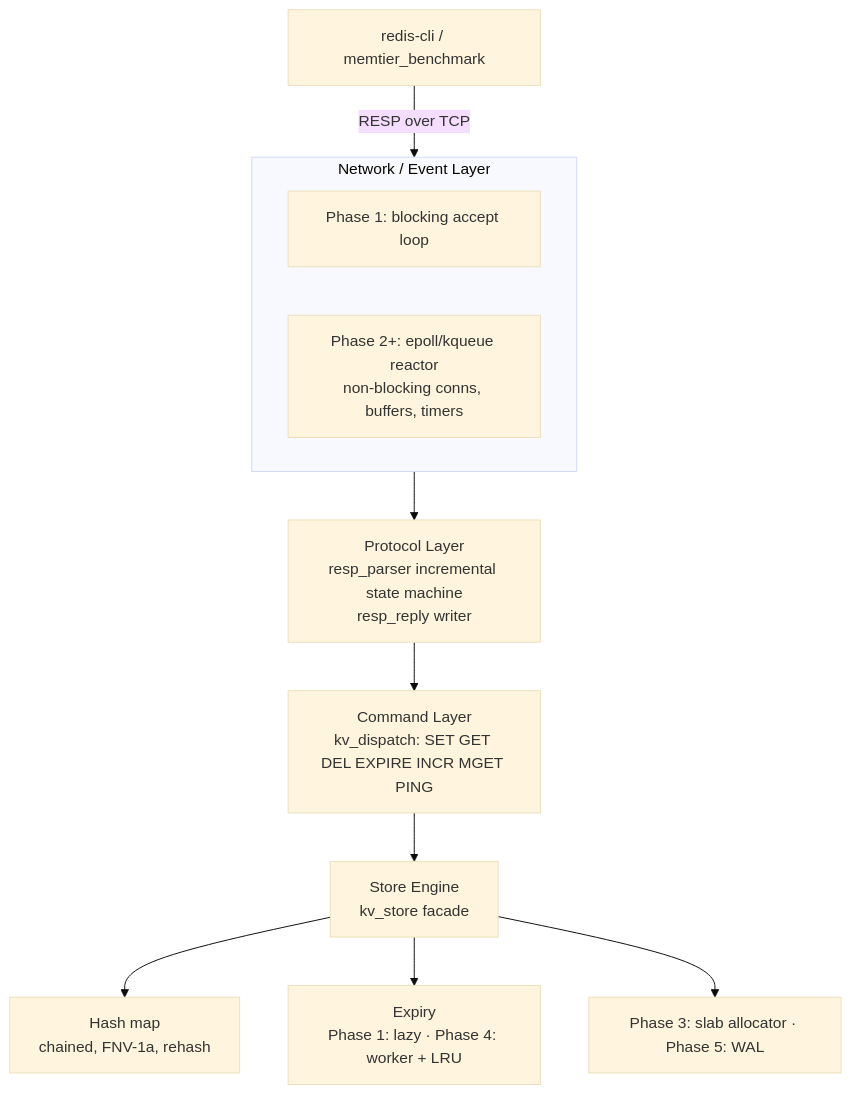
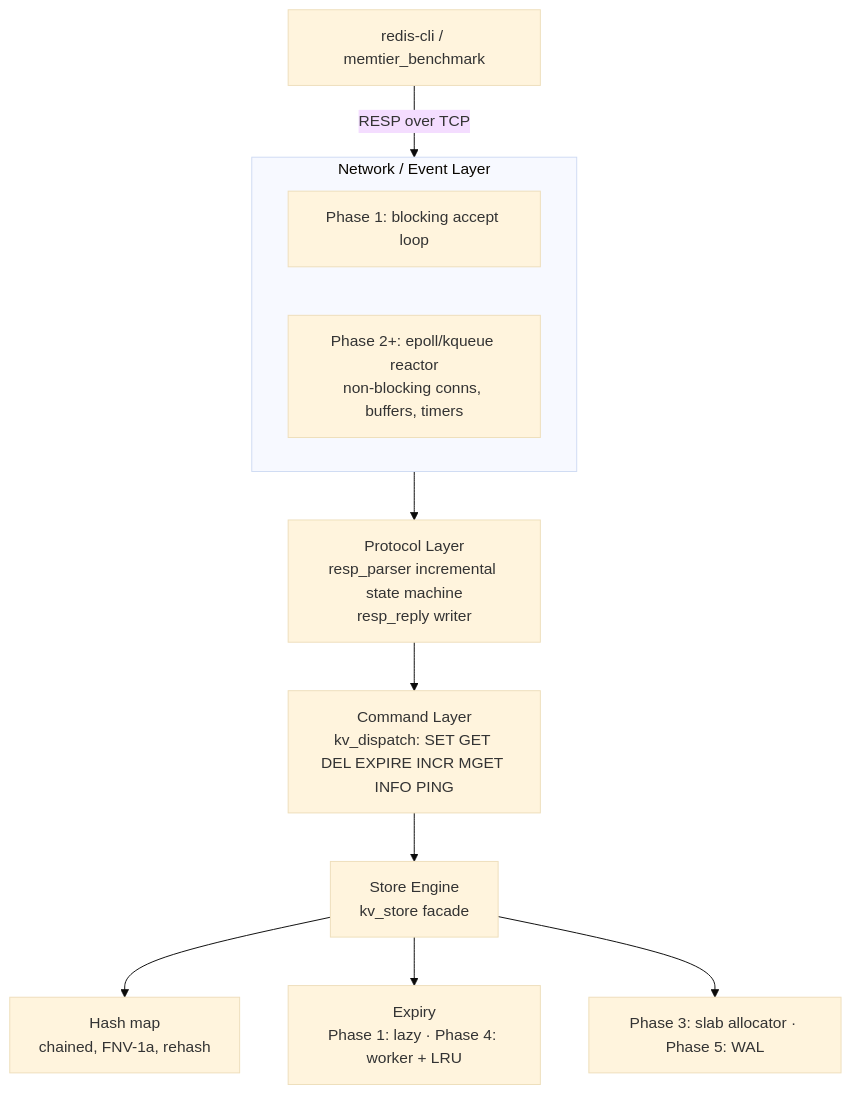
The diagram in docs/ARCHITECTURE.md (aritraio/ReactorKV), drawn with Mermaid (base theme) before and after one commit. The commit also changed other lines of this file and 20 other files, not shown here.

````diff
--- a/docs/ARCHITECTURE.md
+++ b/docs/ARCHITECTURE.md
@@ -50,14 +51,14 @@
 ```mermaid
 flowchart TB
     C[redis-cli / memtier_benchmark] -->|RESP over TCP| NET
     subgraph NET[Network / Event Layer]
         P1[Phase 1: blocking accept loop]
         P2[Phase 2+: epoll/kqueue reactor<br/>non-blocking conns, buffers, timers]
     end
     NET --> PROTO[Protocol Layer<br/>resp_parser incremental state machine<br/>resp_reply writer]
-    PROTO --> CMD[Command Layer<br/>kv_dispatch: SET GET DEL EXPIRE INCR MGET PING]
+    PROTO --> CMD[Command Layer<br/>kv_dispatch: SET GET DEL EXPIRE INCR MGET INFO PING]
     CMD --> STORE[Store Engine<br/>kv_store facade]
     STORE --> HM[Hash map<br/>chained, FNV-1a, rehash]
     STORE --> EXP[Expiry<br/>Phase 1: lazy · Phase 4: worker + LRU]
     STORE --> FUT[Phase 3: slab allocator · Phase 5: WAL]
 ```
````
